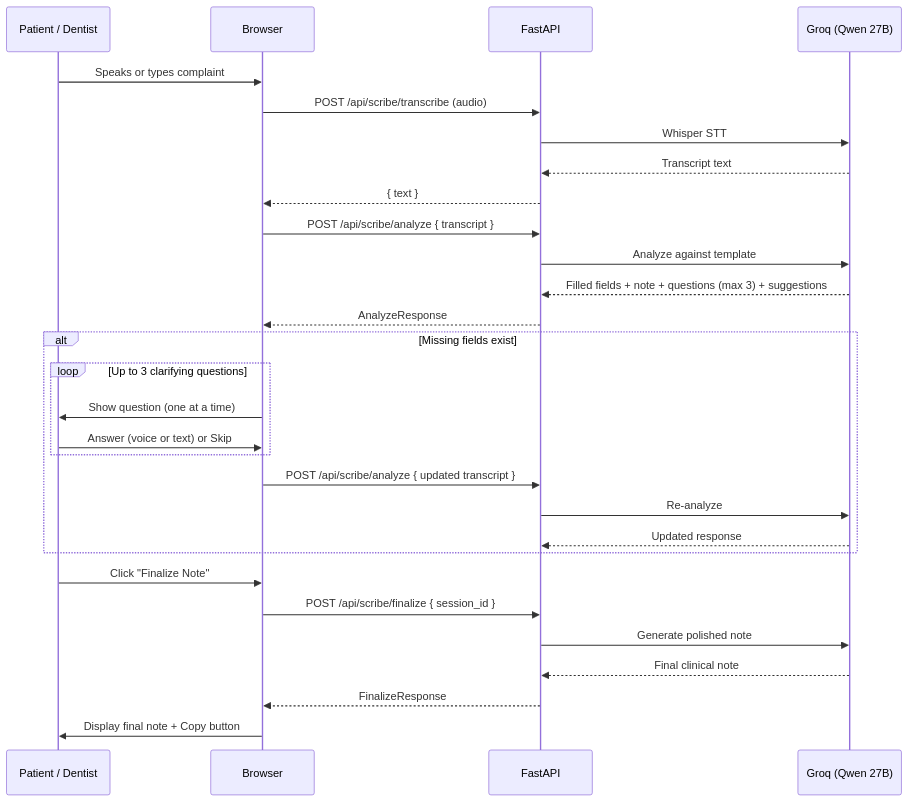
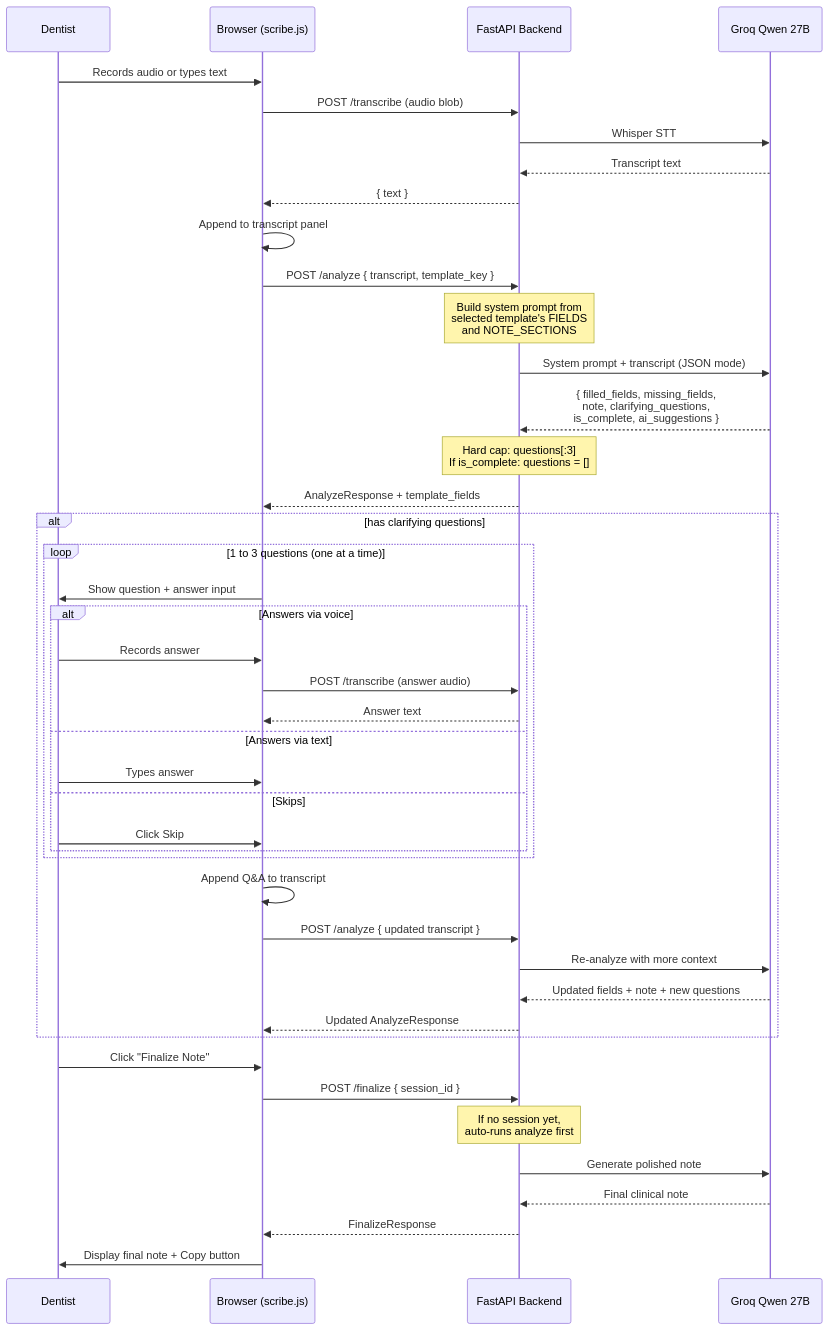
The second of 4 diagrams in README.md (mihirgediya2001/milya-scribe-plus), drawn with Mermaid before and after one commit. The commit also changed other lines of this file, not shown here.

Commit message:
Update README: multi-template architecture, API endpoints, design decisions

````diff
--- a/README.md
+++ b/README.md
@@ -64,35 +80,49 @@
 ```mermaid
 sequenceDiagram
-    participant P as Patient / Dentist
-    participant UI as Browser
-    participant API as FastAPI
-    participant LLM as Groq (Qwen 27B)
+    participant D as Dentist
+    participant UI as Browser (scribe.js)
+    participant API as FastAPI Backend
+    participant LLM as Groq Qwen 27B
 
-    P->>UI: Speaks or types complaint
-    UI->>API: POST /api/scribe/transcribe (audio)
+    D->>UI: Records audio or types text
+    UI->>API: POST /transcribe (audio blob)
     API->>LLM: Whisper STT
     LLM-->>API: Transcript text
     API-->>UI: { text }
+    UI->>UI: Append to transcript panel
 
-    UI->>API: POST /api/scribe/analyze { transcript }
-    API->>LLM: Analyze against template
-    LLM-->>API: Filled fields + note + questions (max 3) + suggestions
-    API-->>UI: AnalyzeResponse
+    UI->>API: POST /analyze { transcript, template_key }
+    Note over API: Build system prompt from<br>selected template's FIELDS<br>and NOTE_SECTIONS
+    API->>LLM: System prompt + transcript (JSON mode)
+    LLM-->>API: { filled_fields, missing_fields,<br>note, clarifying_questions,<br>is_complete, ai_suggestions }
+    Note over API: Hard cap: questions[:3]<br>If is_complete: questions = []
+    API-->>UI: AnalyzeResponse + template_fields
 
-    alt Missing fields exist
-        loop Up to 3 clarifying questions
-            UI->>P: Show question (one at a time)
-            P->>UI: Answer (voice or text) or Skip
+    alt has clarifying questions
+        loop 1 to 3 questions (one at a time)
+            UI->>D: Show question + answer input
+            alt Answers via voice
+                D->>UI: Records answer
+                UI->>API: POST /transcribe (answer audio)
+                API-->>UI: Answer text
+            else Answers via text
+                D->>UI: Types answer
+            else Skips
+                D->>UI: Click Skip
+            end
         end
-        UI->>API: POST /api/scribe/analyze { updated transcript }
-        API->>LLM: Re-analyze
-        LLM-->>API: Updated response
+        UI->>UI: Append Q&A to transcript
+        UI->>API: POST /analyze { updated transcript }
+        API->>LLM: Re-analyze with more context
+        LLM-->>API: Updated fields + note + new questions
+        API-->>UI: Updated AnalyzeResponse
     end
 
-    P->>UI: Click "Finalize Note"
-    UI->>API: POST /api/scribe/finalize { session_id }
+    D->>UI: Click "Finalize Note"
+    UI->>API: POST /finalize { session_id }
+    Note over API: If no session yet,<br>auto-runs analyze first
     API->>LLM: Generate polished note
     LLM-->>API: Final clinical note
     API-->>UI: FinalizeResponse
-    UI->>P: Display final note + Copy button
+    UI->>D: Display final note + Copy button
 ```
````
